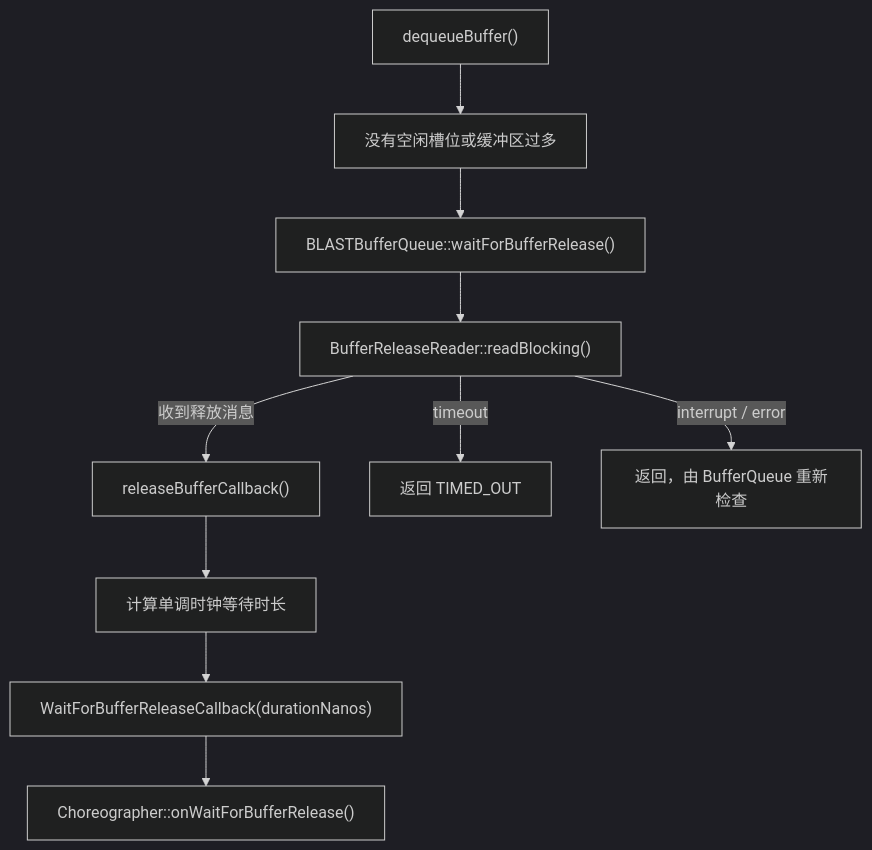
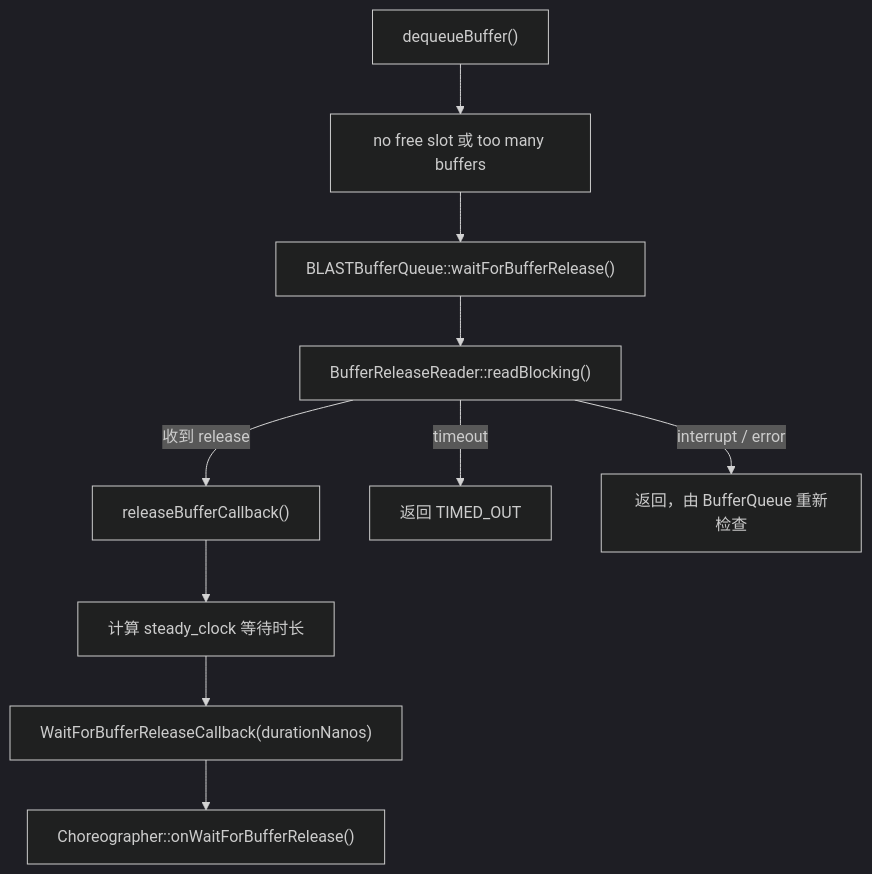
One commit to Gracker/android-internals-wiki changed the second of 2 diagrams in src/part1-fundamentals/ch02-rendering/25-choreographer-buffer-stuffing-recovery.md. Above: the diagram before and after it, drawn with Mermaid (dark theme). The commit also changed other lines of this file and 4 other files, not shown here.

````diff
--- a/src/part1-fundamentals/ch02-rendering/25-choreographer-buffer-stuffing-recovery.md
+++ b/src/part1-fundamentals/ch02-rendering/25-choreographer-buffer-stuffing-recovery.md
@@ -98,16 +98,16 @@
 ```mermaid
 flowchart TD
     DQ["dequeueBuffer()"]
-    CHECK["没有空闲槽位或缓冲区过多"]
+    CHECK["no free slot 或 too many buffers"]
     WAIT["BLASTBufferQueue::waitForBufferRelease()"]
     READ["BufferReleaseReader::readBlocking()"]
     RELEASE["releaseBufferCallback()"]
-    DURATION["计算单调时钟等待时长"]
+    DURATION["计算 steady_clock 等待时长"]
     CALLBACK["WaitForBufferReleaseCallback(durationNanos)"]
     CH["Choreographer::onWaitForBufferRelease()"]
 
     DQ --> CHECK --> WAIT --> READ
-    READ -->|"收到释放消息"| RELEASE --> DURATION --> CALLBACK --> CH
+    READ -->|"收到 release"| RELEASE --> DURATION --> CALLBACK --> CH
     READ -->|"timeout"| TIMEOUT["返回 TIMED_OUT"]
     READ -->|"interrupt / error"| RETRY["返回，由 BufferQueue 重新检查"]
 ```
````
